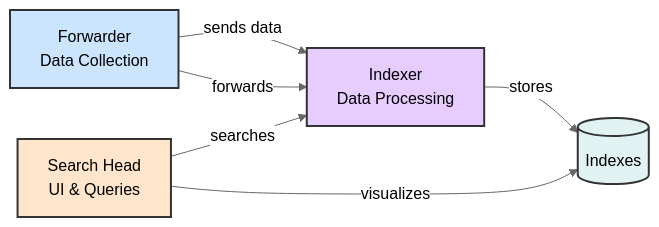
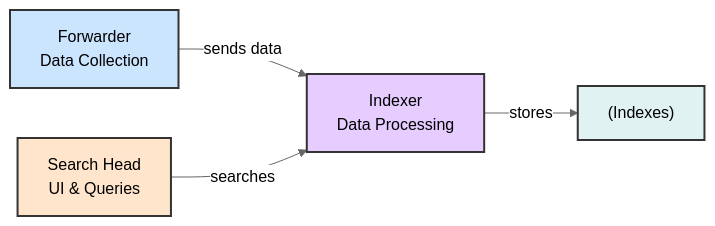
Before and after one commit to manojxshrestha/SOC-Analyst-Cheatsheet: the diagram in 5-Understanding-Log-Sources-Investigating-with-Splunk/README.md, drawn with Mermaid (neutral theme). The commit also changed other lines of this file, not shown here.

````diff
--- a/5-Understanding-Log-Sources-Investigating-with-Splunk/README.md
+++ b/5-Understanding-Log-Sources-Investigating-with-Splunk/README.md
@@ -52,13 +54,11 @@
 ```mermaid
 graph LR
-    F[Forwarder<br/>Data Collection] -->|sends data| I[Indexer<br/>Data Processing]
-    I -->|stores| DB[(Indexes)]
-    F -->|forwards| I
-    SH[Search Head<br/>UI & Queries] -->|searches| I
-    SH -->|visualizes| DB
+    F["Forwarder<br/>Data Collection"] -->|sends data| I["Indexer<br/>Data Processing"]
+    I -->|stores| DB["(Indexes)"]
+    SH["Search Head<br/>UI & Queries"] -->|searches| I
     
     style F fill:#cce5ff,stroke:#333,stroke-width:2px,color:#000
     style I fill:#e6ccff,stroke:#333,stroke-width:2px,color:#000
     style SH fill:#ffe5cc,stroke:#333,stroke-width:2px,color:#000
     style DB fill:#e0f2f1,stroke:#333,stroke-width:2px,color:#000
 ```
````
